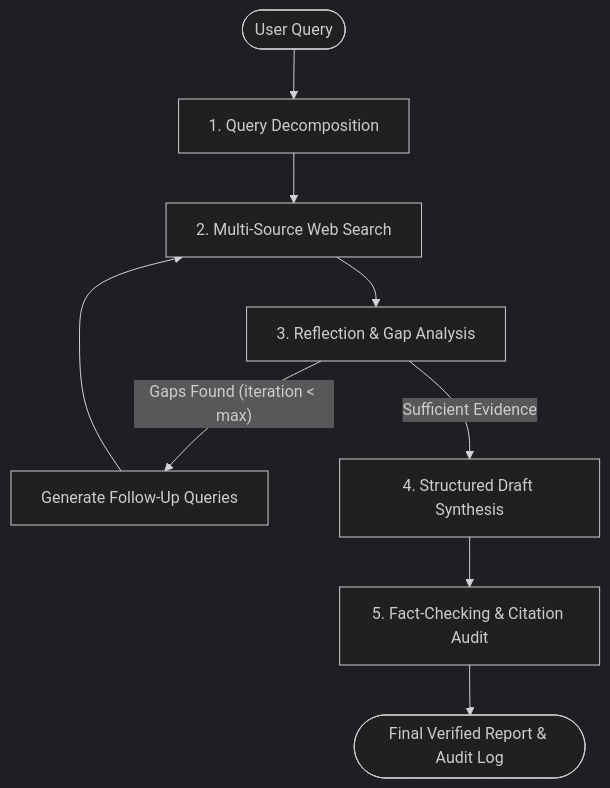
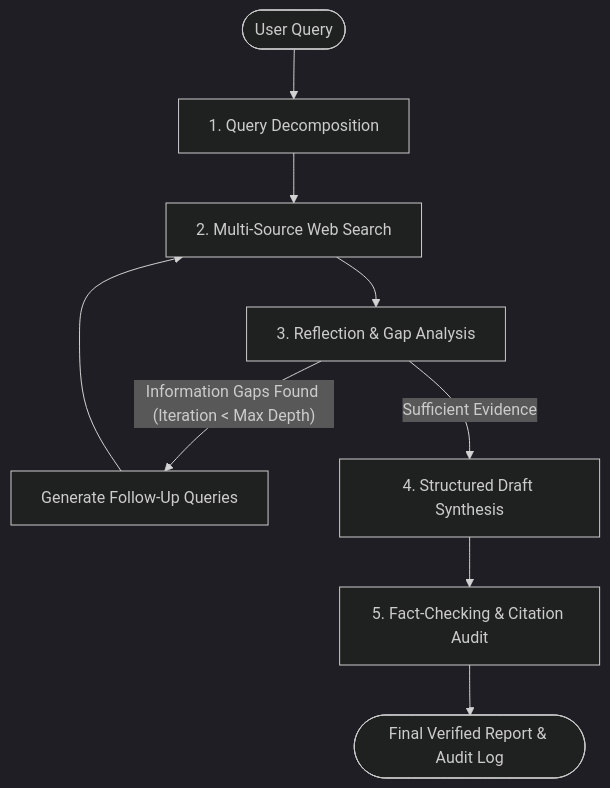
The diagram in README.md (vikasjoshi2027/web-research-agent), drawn with Mermaid (dark theme) before and after one commit. The commit also changed other lines of this file and 3 other files, not shown here.

````diff
--- a/README.md
+++ b/README.md
@@ -13,13 +11,13 @@
 ```mermaid
 flowchart TD
     Start([User Query]) --> Decompose[1. Query Decomposition]
     Decompose --> Search[2. Multi-Source Web Search]
     Search --> Evaluate[3. Reflection & Gap Analysis]
     
-    Evaluate -- "Gaps Found (iteration < max)" --> FollowUp[Generate Follow-Up Queries]
+    Evaluate -- "Information Gaps Found (Iteration < Max Depth)" --> FollowUp[Generate Follow-Up Queries]
     FollowUp --> Search
     
     Evaluate -- "Sufficient Evidence" --> Synthesize[4. Structured Draft Synthesis]
     Synthesize --> Verify[5. Fact-Checking & Citation Audit]
     Verify --> End([Final Verified Report & Audit Log])
 ```
````
